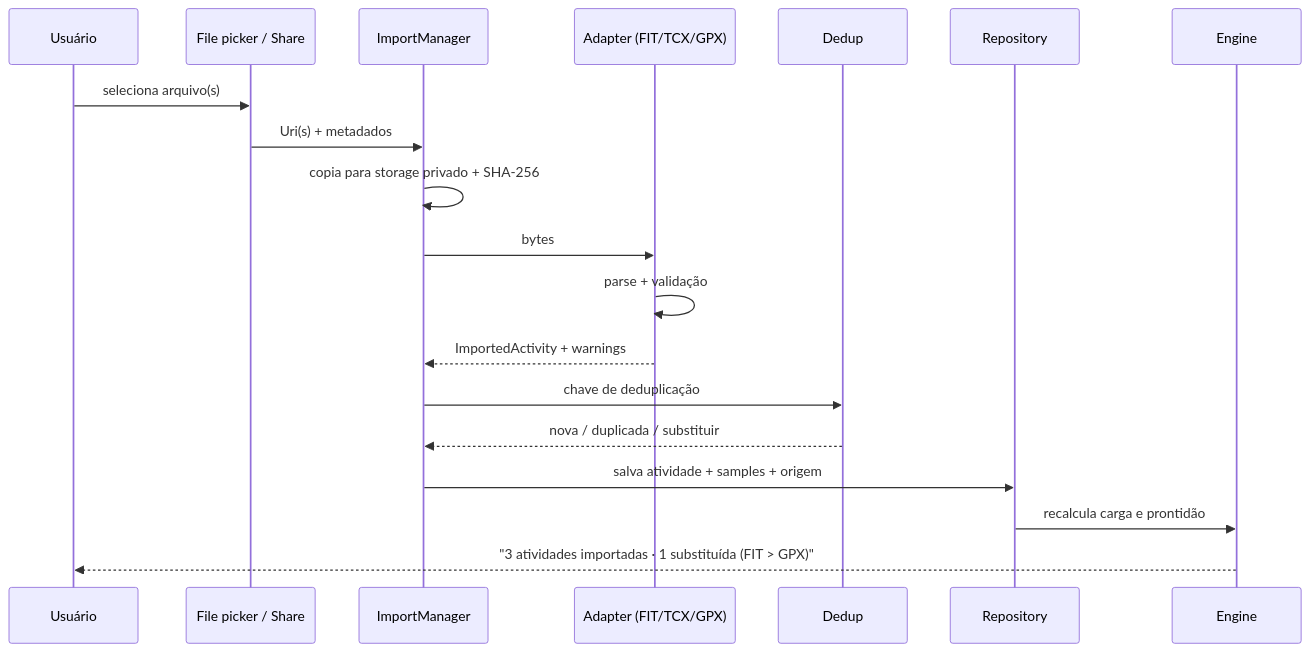
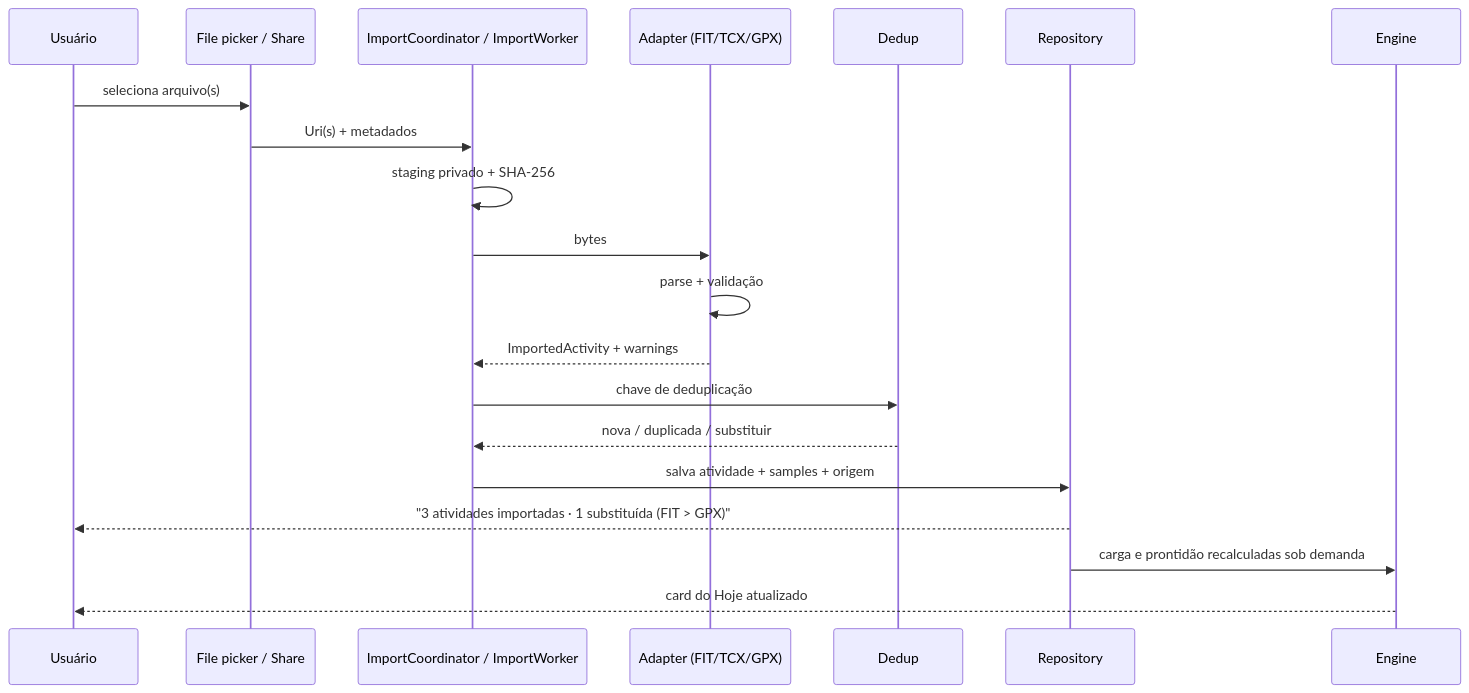
One commit to rafaelclima/meucoach changed the second of 2 diagrams in docs/ARCHITECTURE.md. Above: the diagram before and after it, drawn with Mermaid. The commit also changed other lines of this file and 11 other files, not shown here.

First line of the commit message:
docs: reconcile documentation with schema v12 and evidence rules (C1-06)

````diff
--- a/docs/ARCHITECTURE.md
+++ b/docs/ARCHITECTURE.md
@@ -78,22 +86,23 @@
 ```mermaid
 sequenceDiagram
     participant U as Usuário
     participant P as File picker / Share
-    participant I as ImportManager
+    participant I as ImportCoordinator / ImportWorker
     participant A as Adapter (FIT/TCX/GPX)
     participant D as Dedup
     participant R as Repository
     participant E as Engine
 
     U->>P: seleciona arquivo(s)
     P->>I: Uri(s) + metadados
-    I->>I: copia para storage privado + SHA-256
+    I->>I: staging privado + SHA-256
     I->>A: bytes
     A->>A: parse + validação
     A-->>I: ImportedActivity + warnings
     I->>D: chave de deduplicação
     D-->>I: nova / duplicada / substituir
     I->>R: salva atividade + samples + origem
-    R->>E: recalcula carga e prontidão
-    E-->>U: "3 atividades importadas · 1 substituída (FIT > GPX)"
+    R-->>U: "3 atividades importadas · 1 substituída (FIT > GPX)"
+    R->>E: carga e prontidão recalculadas sob demanda
+    E-->>U: card do Hoje atualizado
 ```
````
